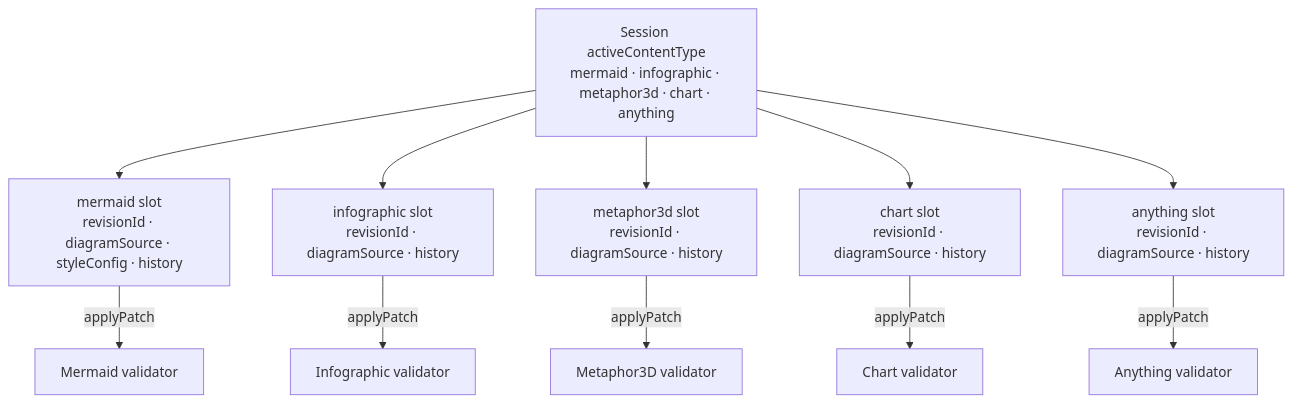
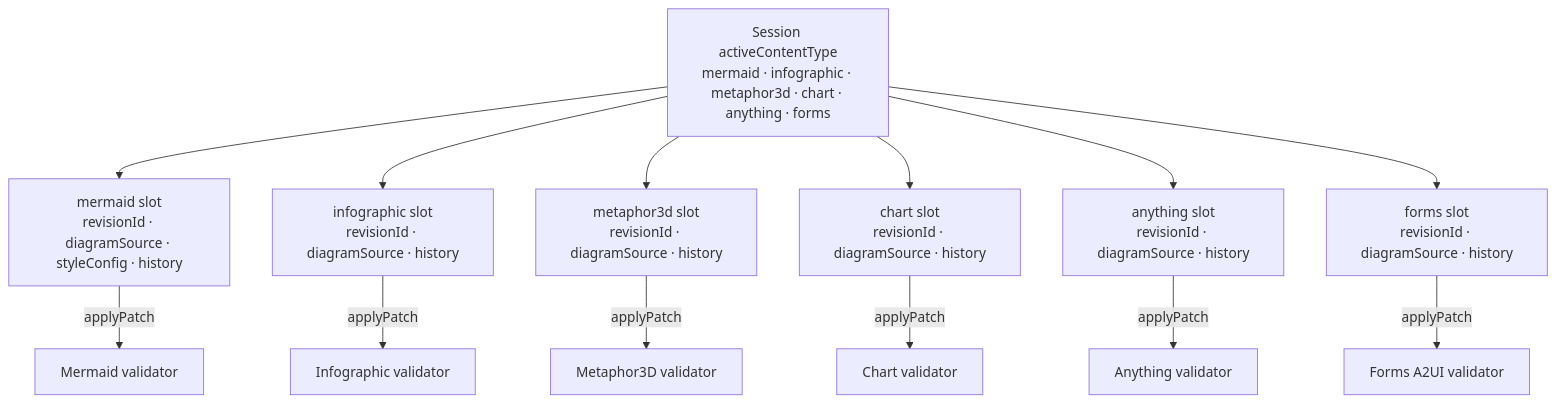
One commit to acuhlmann/mermaid-gen changed the fourth of 5 diagrams in docs/guide/validation.md. Above: the diagram before and after it, drawn with Mermaid. The commit also changed other lines of this file and 45 other files, not shown here.

````diff
--- a/docs/guide/validation.md
+++ b/docs/guide/validation.md
@@ -131,14 +131,16 @@
 ```mermaid
 flowchart TB
-  Session["Session activeContentType\nmermaid · infographic · metaphor3d · chart · anything"]
+  Session["Session activeContentType\nmermaid · infographic · metaphor3d · chart · anything · forms"]
   Session --> MS["mermaid slot\nrevisionId · diagramSource · styleConfig · history"]
   Session --> IS["infographic slot\nrevisionId · diagramSource · history"]
   Session --> MES["metaphor3d slot\nrevisionId · diagramSource · history"]
   Session --> CS["chart slot\nrevisionId · diagramSource · history"]
   Session --> AS["anything slot\nrevisionId · diagramSource · history"]
+  Session --> FS["forms slot\nrevisionId · diagramSource · history"]
   MS -->|applyPatch| MV["Mermaid validator"]
   IS -->|applyPatch| IV["Infographic validator"]
   MES -->|applyPatch| MEV["Metaphor3D validator"]
   CS -->|applyPatch| CV["Chart validator"]
   AS -->|applyPatch| AV["Anything validator"]
+  FS -->|applyPatch| FV["Forms A2UI validator"]
 ```
````
